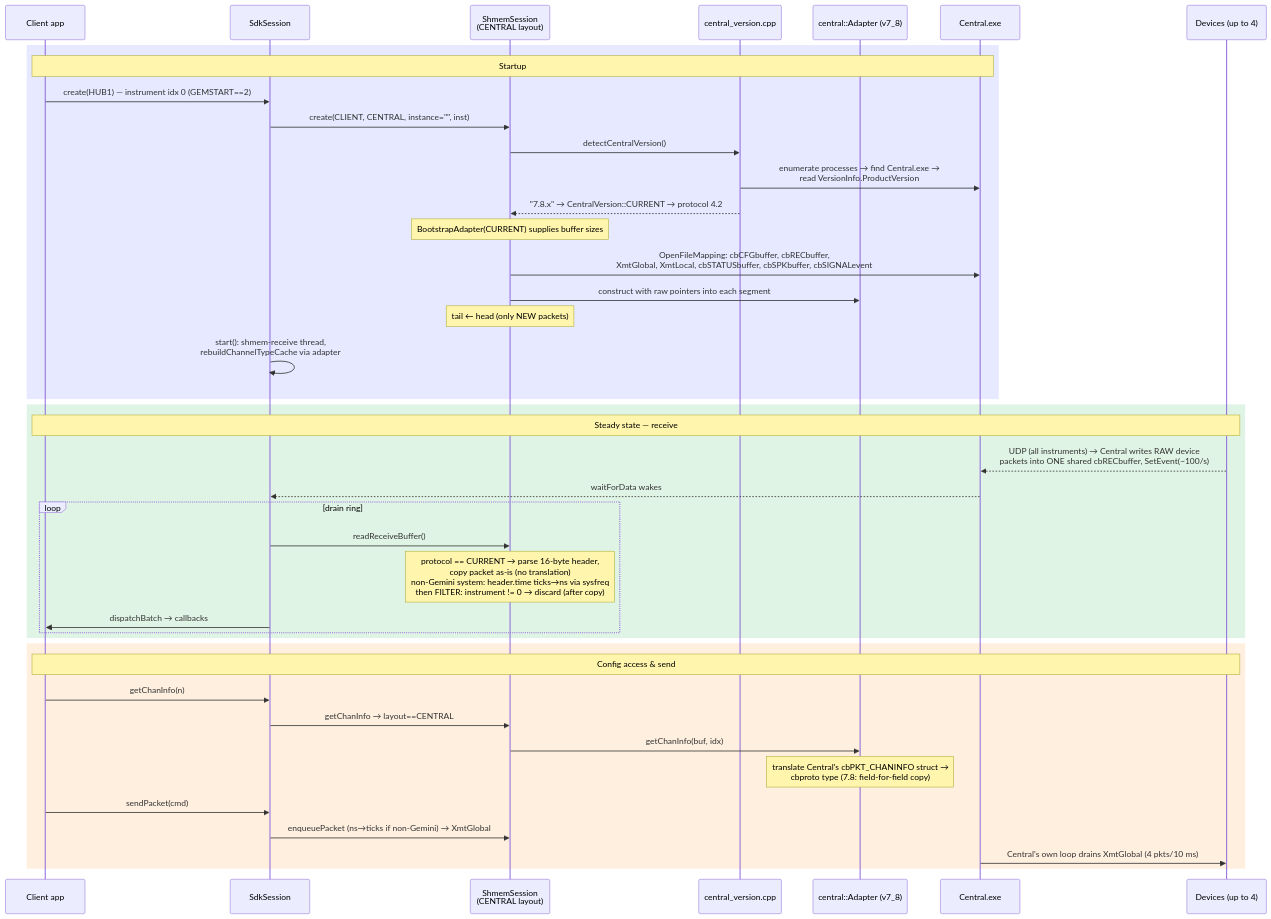
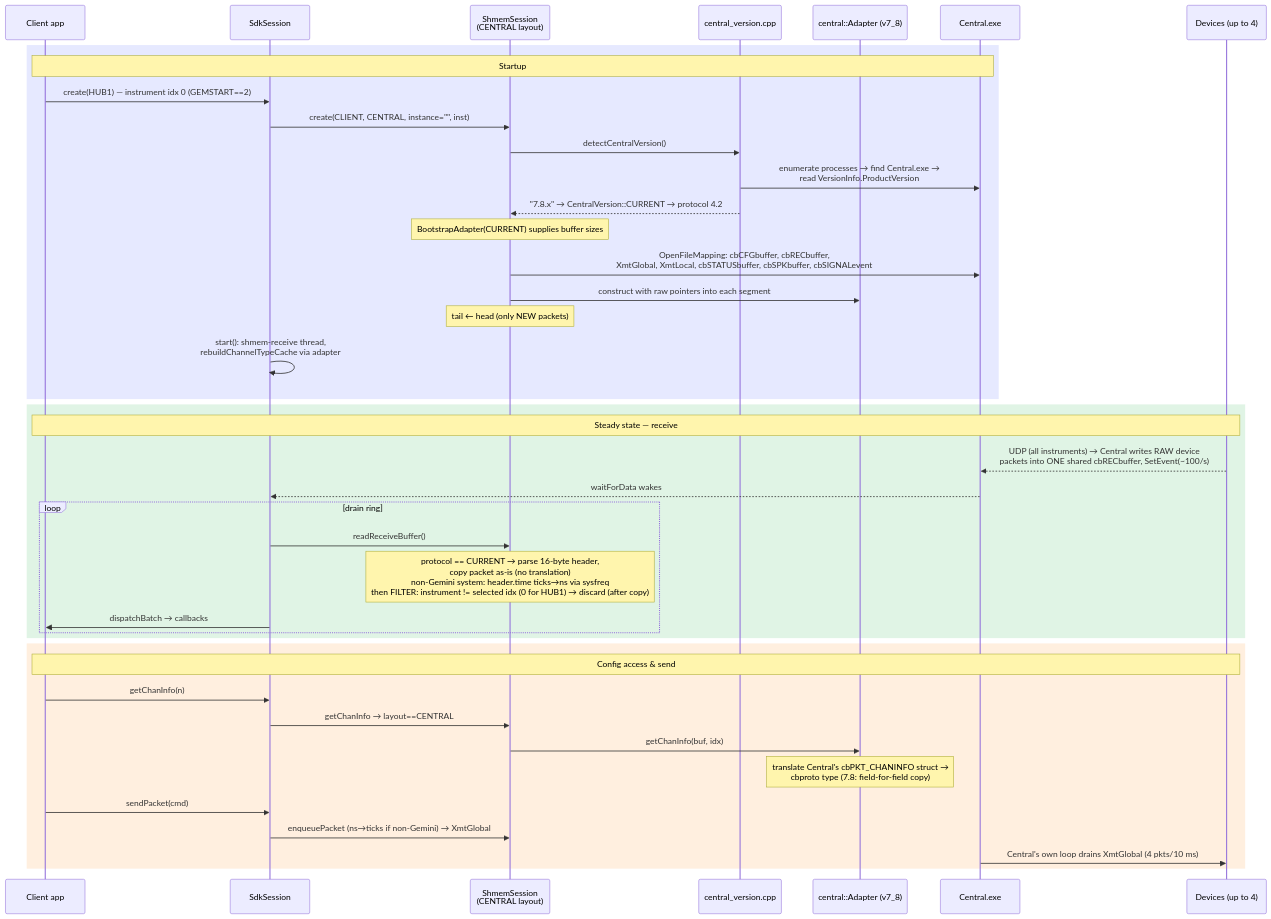
Before and after one commit to CerebusOSS/CereLink: the fourth of 5 diagrams in docs/client_mode_sequence_diagrams.md, drawn with Mermaid. The commit also changed other lines of this file and 4 other files, not shown here.

Commit message:
Update sequence diagram docs and clean other docs

````diff
--- a/docs/client_mode_sequence_diagrams.md
+++ b/docs/client_mode_sequence_diagrams.md
@@ -155,46 +156,46 @@
 ```mermaid
 sequenceDiagram
     participant App as Client app
     participant SDK as SdkSession
     participant SHM as ShmemSession<br/>(CENTRAL layout)
     participant VER as central_version.cpp
     participant ADP as central::Adapter (v7_8)
     participant CTL as Central.exe
     participant NSP as Devices (up to 4)
 
     rect rgba(88,110,255,0.15)
     Note over App,CTL: Startup
     App->>SDK: create(HUB1) — instrument idx 0 (GEMSTART==2)
     SDK->>SHM: create(CLIENT, CENTRAL, instance="", inst)
     SHM->>VER: detectCentralVersion()
     VER->>CTL: enumerate processes → find Central.exe →<br/>read VersionInfo.ProductVersion
     VER-->>SHM: "7.8.x" → CentralVersion::CURRENT → protocol 4.2
     Note over SHM: BootstrapAdapter(CURRENT) supplies buffer sizes
     SHM->>CTL: OpenFileMapping: cbCFGbuffer, cbRECbuffer,<br/>XmtGlobal, XmtLocal, cbSTATUSbuffer, cbSPKbuffer, cbSIGNALevent
     SHM->>ADP: construct with raw pointers into each segment
     Note over SHM: tail ← head (only NEW packets)
     SDK->>SDK: start(): shmem-receive thread,<br/>rebuildChannelTypeCache via adapter
     end
 
     rect rgba(46,180,80,0.15)
     Note over App,NSP: Steady state — receive
     NSP-->>CTL: UDP (all instruments) → Central writes RAW device<br/>packets into ONE shared cbRECbuffer, SetEvent(~100/s)
     CTL-->>SDK: waitForData wakes
     loop drain ring
         SDK->>SHM: readReceiveBuffer()
-        Note over SHM: protocol == CURRENT → parse 16-byte header,<br/>copy packet as-is (no translation)<br/>non-Gemini system: header.time ticks→ns via sysfreq<br/>then FILTER: instrument != 0 → discard (after copy)
+        Note over SHM: protocol == CURRENT → parse 16-byte header,<br/>copy packet as-is (no translation)<br/>non-Gemini system: header.time ticks→ns via sysfreq<br/>then FILTER: instrument != selected idx (0 for HUB1) → discard (after copy)
         SDK->>App: dispatchBatch → callbacks
     end
     end
 
     rect rgba(255,150,40,0.15)
     Note over App,NSP: Config access & send
     App->>SDK: getChanInfo(n)
     SDK->>SHM: getChanInfo → layout==CENTRAL
     SHM->>ADP: getChanInfo(buf, idx)
     Note over ADP: translate Central's cbPKT_CHANINFO struct →<br/>cbproto type (7.8: field-for-field copy)
     App->>SDK: sendPacket(cmd)
     SDK->>SHM: enqueuePacket (ns→ticks if non-Gemini) → XmtGlobal
     CTL->>NSP: Central's own loop drains XmtGlobal (4 pkts/10 ms)
     end
 ```
````
